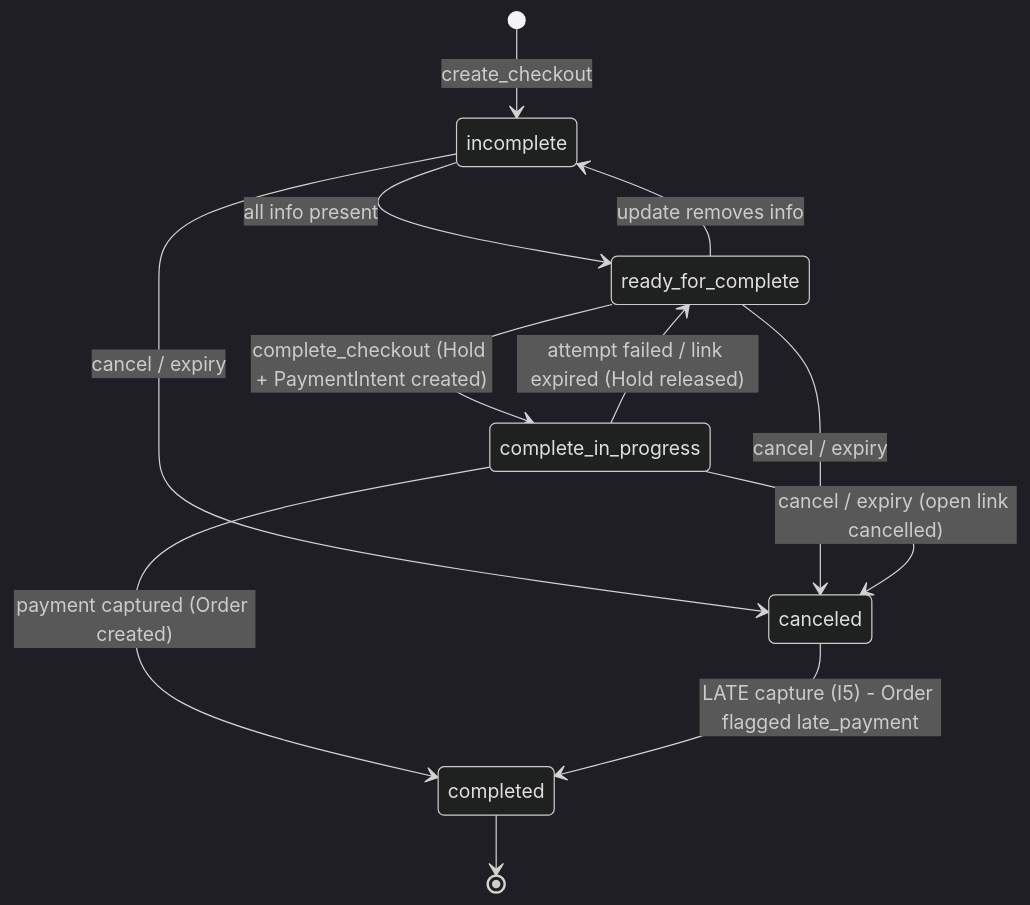
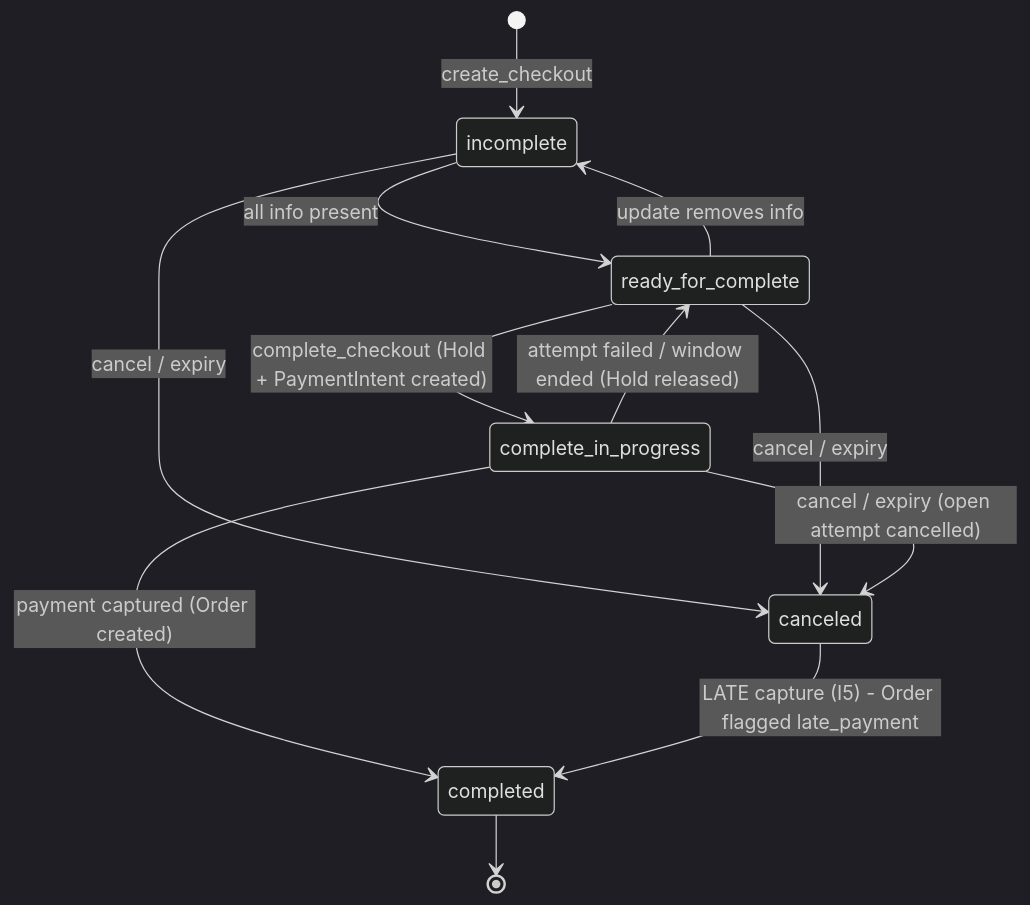
One commit to HarshilForWork/TillMan changed the second of 6 diagrams in docs/architecture/payments.md. Above: the diagram before and after it, drawn with Mermaid (dark theme). The commit also changed other lines of this file and 4 other files, not shown here.

````diff
--- a/docs/architecture/payments.md
+++ b/docs/architecture/payments.md
@@ -70,14 +70,14 @@
 ```mermaid
 stateDiagram-v2
     [*] --> incomplete : create_checkout
     incomplete --> ready_for_complete : all info present
     ready_for_complete --> incomplete : update removes info
     ready_for_complete --> complete_in_progress : complete_checkout (Hold + PaymentIntent created)
-    complete_in_progress --> ready_for_complete : attempt failed / link expired (Hold released)
+    complete_in_progress --> ready_for_complete : attempt failed / window ended (Hold released)
     complete_in_progress --> completed : payment captured (Order created)
     incomplete --> canceled : cancel / expiry
     ready_for_complete --> canceled : cancel / expiry
-    complete_in_progress --> canceled : cancel / expiry (open link cancelled)
+    complete_in_progress --> canceled : cancel / expiry (open attempt cancelled)
     canceled --> completed : LATE capture (I5) - Order flagged late_payment
     completed --> [*]
 ```
````
